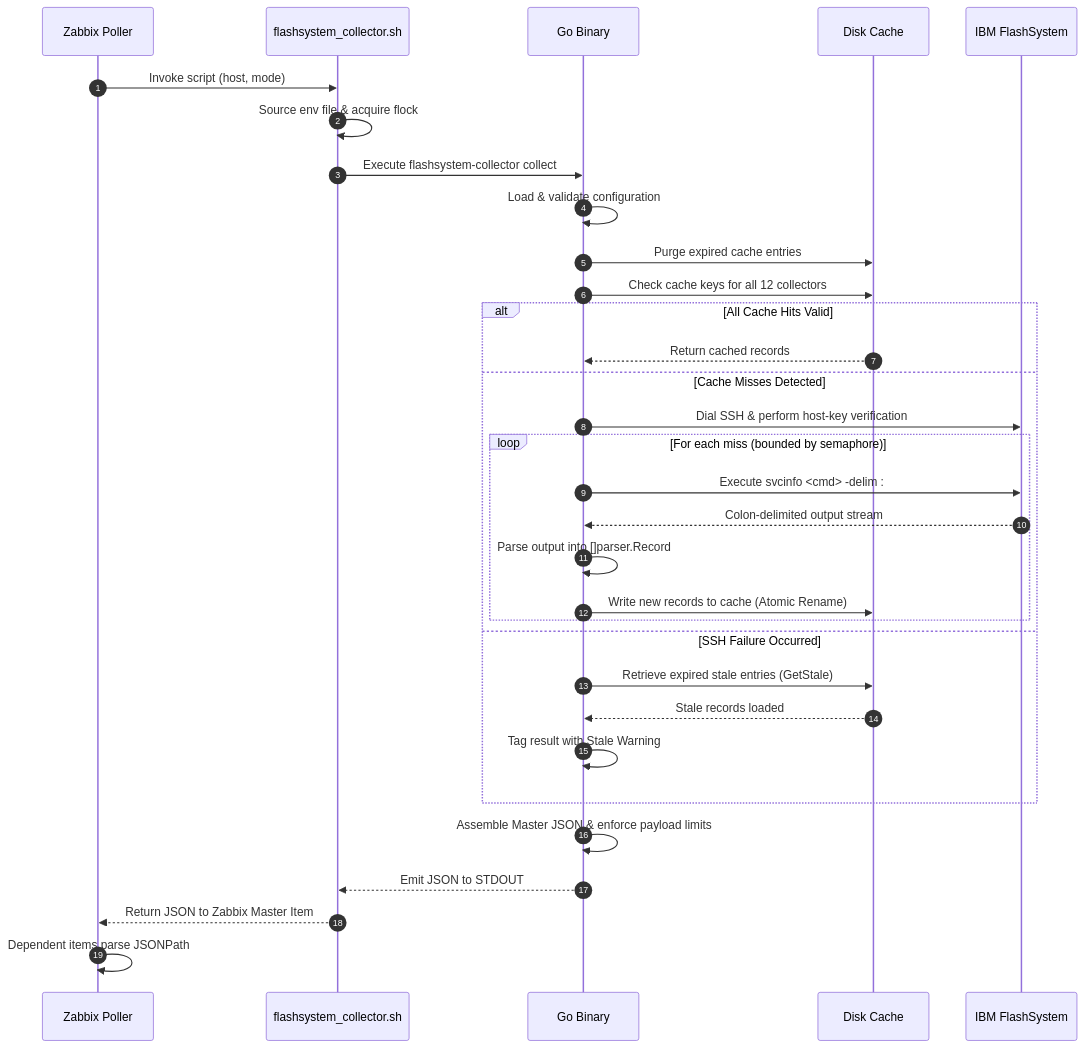
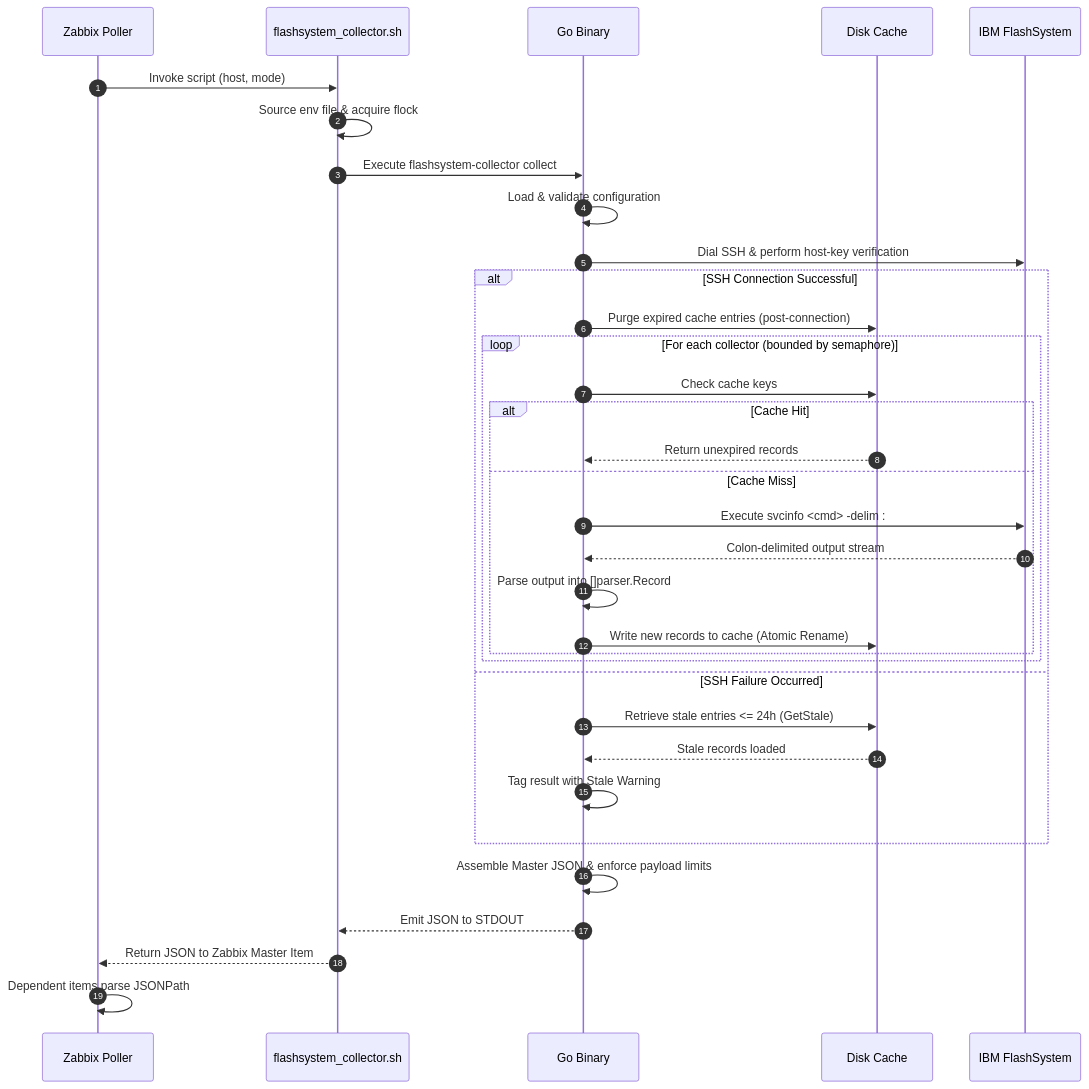
Before and after one commit to thunderfinder/flashsystem-collector: the second of 2 diagrams in docs/wiki/Architecture.md, drawn with Mermaid. The commit also changed 8 other files, not shown here.

First line of the commit message:
docs(cache): align cache purge timing and 24h stale age bound

````diff
--- a/docs/wiki/Architecture.md
+++ b/docs/wiki/Architecture.md
@@ -119,35 +119,37 @@
 ```mermaid
 sequenceDiagram
     autonumber
     participant Zabbix as Zabbix Poller
     participant Wrapper as flashsystem_collector.sh
     participant Collector as Go Binary
     participant Disk as Disk Cache
     participant Array as IBM FlashSystem
 
     Zabbix->>Wrapper: Invoke script (host, mode)
     Wrapper->>Wrapper: Source env file & acquire flock
     Wrapper->>Collector: Execute flashsystem-collector collect
     Collector->>Collector: Load & validate configuration
-    Collector->>Disk: Purge expired cache entries
-    Collector->>Disk: Check cache keys for all 12 collectors
-    alt All Cache Hits Valid
-        Disk-->>Collector: Return cached records
-    else Cache Misses Detected
-        Collector->>Array: Dial SSH & perform host-key verification
-        loop For each miss (bounded by semaphore)
-            Collector->>Array: Execute svcinfo <cmd> -delim :
-            Array-->>Collector: Colon-delimited output stream
-            Collector->>Collector: Parse output into []parser.Record
-            Collector->>Disk: Write new records to cache (Atomic Rename)
+    Collector->>Array: Dial SSH & perform host-key verification
+    alt SSH Connection Successful
+        Collector->>Disk: Purge expired cache entries (post-connection)
+        loop For each collector (bounded by semaphore)
+            Collector->>Disk: Check cache keys
+            alt Cache Hit
+                Disk-->>Collector: Return unexpired records
+            else Cache Miss
+                Collector->>Array: Execute svcinfo <cmd> -delim :
+                Array-->>Collector: Colon-delimited output stream
+                Collector->>Collector: Parse output into []parser.Record
+                Collector->>Disk: Write new records to cache (Atomic Rename)
+            end
         end
     else SSH Failure Occurred
-        Collector->>Disk: Retrieve expired stale entries (GetStale)
+        Collector->>Disk: Retrieve stale entries <= 24h (GetStale)
         Disk-->>Collector: Stale records loaded
         Collector->>Collector: Tag result with Stale Warning
     end
     Collector->>Collector: Assemble Master JSON & enforce payload limits
     Collector-->>Wrapper: Emit JSON to STDOUT
     Wrapper-->>Zabbix: Return JSON to Zabbix Master Item
     Zabbix->>Zabbix: Dependent items parse JSONPath
 ```
````
